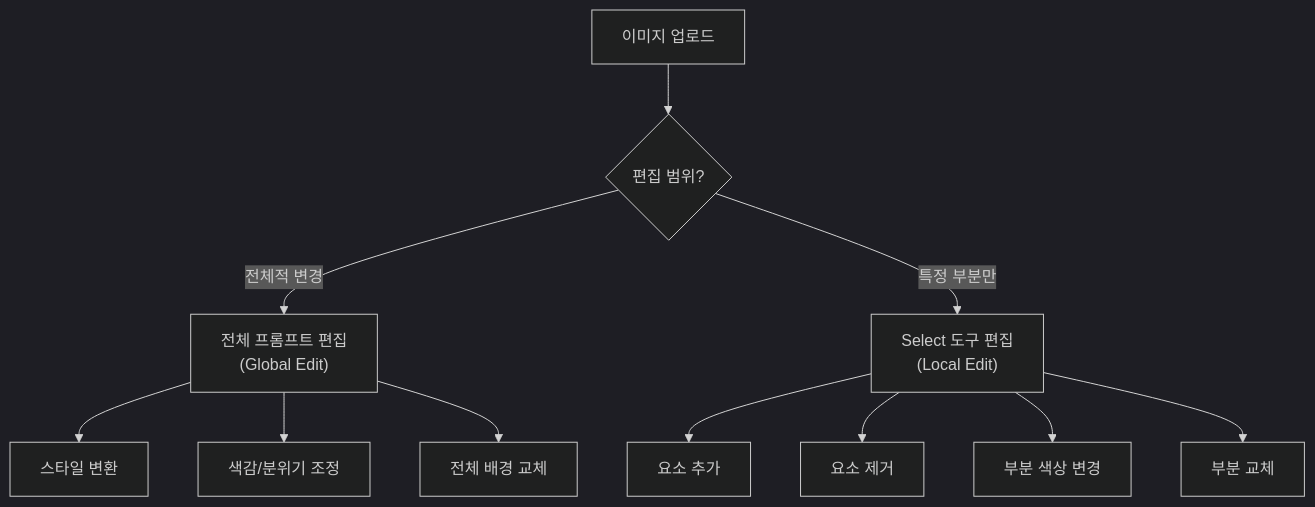
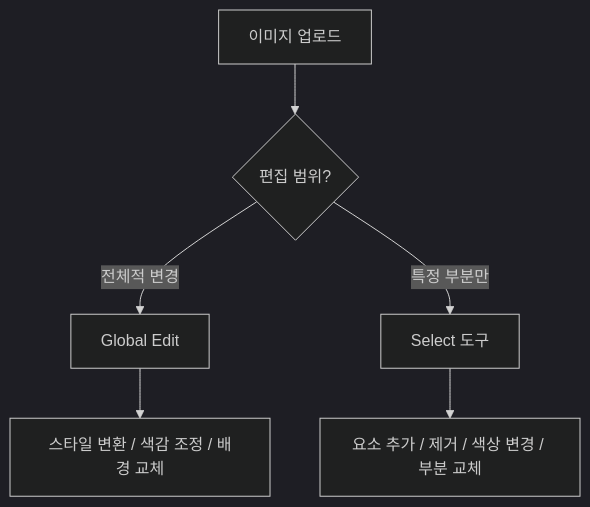
Before and after one commit to jsonpassion/forge-tutorial-promptcanvas: the first of 2 diagrams in 03-ch3-chatgpt-이미지-생성-실전/04-04-이미지-업로드와-편집-select-도구-활용.md, drawn with Mermaid (dark theme). The commit also changed other lines of this file and 63 other files, not shown here.

````diff
--- a/03-ch3-chatgpt-이미지-생성-실전/04-04-이미지-업로드와-편집-select-도구-활용.md
+++ b/03-ch3-chatgpt-이미지-생성-실전/04-04-이미지-업로드와-편집-select-도구-활용.md
@@ -70,13 +19,8 @@
 ```mermaid
 flowchart TD
     A["이미지 업로드"] --> B{"편집 범위?"}
-    B -->|"전체적 변경"| C["전체 프롬프트 편집<br/>(Global Edit)"]
-    B -->|"특정 부분만"| D["Select 도구 편집<br/>(Local Edit)"]
-    C --> C1["스타일 변환"]
-    C --> C2["색감/분위기 조정"]
-    C --> C3["전체 배경 교체"]
-    D --> D1["요소 추가"]
-    D --> D2["요소 제거"]
-    D --> D3["부분 색상 변경"]
-    D --> D4["부분 교체"]
+    B -->|"전체적 변경"| C["Global Edit"]
+    B -->|"특정 부분만"| D["Select 도구"]
+    C --> C1["스타일 변환 / 색감 조정 / 배경 교체"]
+    D --> D1["요소 추가 / 제거 / 색상 변경 / 부분 교체"]
 ```
````
